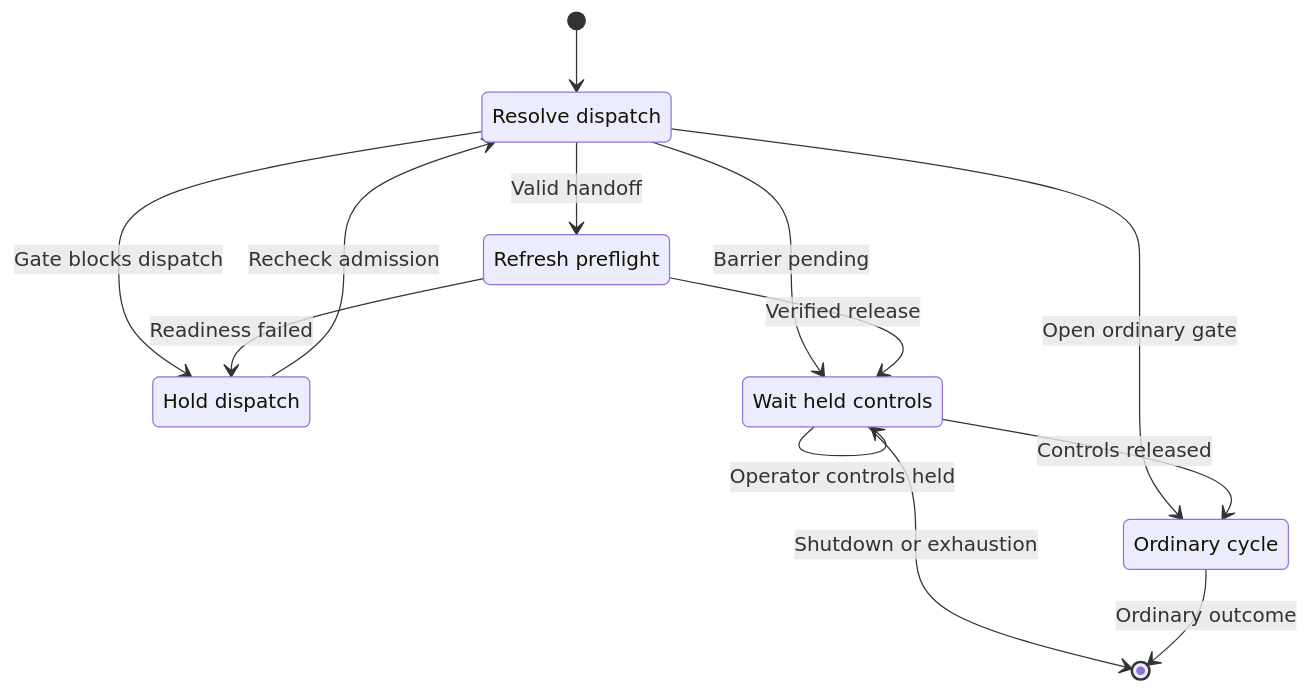
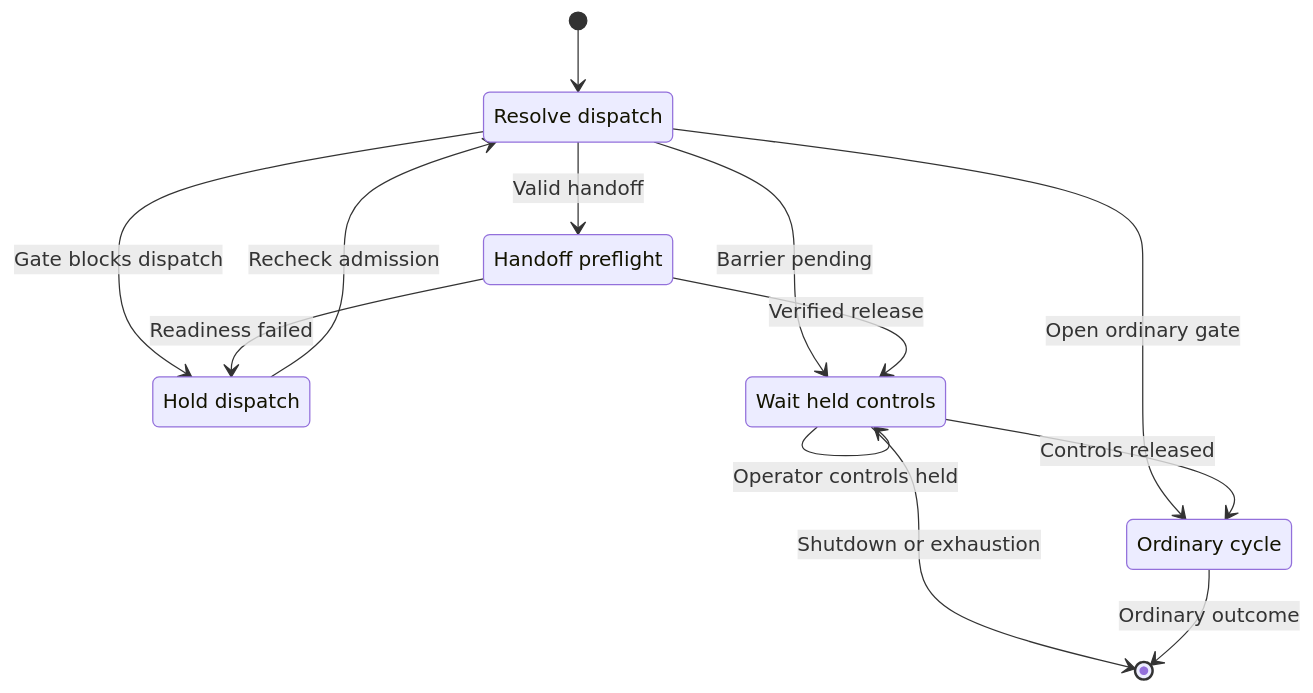
One commit to alissonsol/yuruna changed the ninth of 10 diagrams in docs/design/04-lifecycle-state.md. Above: the diagram before and after it, drawn with Mermaid. The commit also changed other lines of this file and 1676 other files, not shown here.

````diff
--- a/docs/design/04-lifecycle-state.md
+++ b/docs/design/04-lifecycle-state.md
@@ -361,20 +376,20 @@
 ```mermaid
 stateDiagram-v2
-    state "Resolve dispatch" as resolve_outer_refresh_dispatch
-    state "Hold dispatch" as write_outer_refresh_gate_hold
-    state "Refresh preflight" as invoke_yuruna_refresh_preflight
+    state "Resolve dispatch" as resolve_outer_runner_gate_dispatch
+    state "Hold dispatch" as write_outer_runner_gate_hold
+    state "Handoff preflight" as invoke_yuruna_handoff_preflight
     state "Wait held controls" as wait_yuruna_held_control_barrier
     state "Ordinary cycle" as invoke_runner_inner_cycle
-    [*] --> resolve_outer_refresh_dispatch
-    resolve_outer_refresh_dispatch --> write_outer_refresh_gate_hold: Gate blocks dispatch
-    resolve_outer_refresh_dispatch --> invoke_yuruna_refresh_preflight: Valid handoff
-    resolve_outer_refresh_dispatch --> wait_yuruna_held_control_barrier: Barrier pending
-    resolve_outer_refresh_dispatch --> invoke_runner_inner_cycle: Open ordinary gate
-    write_outer_refresh_gate_hold --> resolve_outer_refresh_dispatch: Recheck admission
-    invoke_yuruna_refresh_preflight --> write_outer_refresh_gate_hold: Readiness failed
-    invoke_yuruna_refresh_preflight --> wait_yuruna_held_control_barrier: Verified release
+    [*] --> resolve_outer_runner_gate_dispatch
+    resolve_outer_runner_gate_dispatch --> write_outer_runner_gate_hold: Gate blocks dispatch
+    resolve_outer_runner_gate_dispatch --> invoke_yuruna_handoff_preflight: Valid handoff
+    resolve_outer_runner_gate_dispatch --> wait_yuruna_held_control_barrier: Barrier pending
+    resolve_outer_runner_gate_dispatch --> invoke_runner_inner_cycle: Open ordinary gate
+    write_outer_runner_gate_hold --> resolve_outer_runner_gate_dispatch: Recheck admission
+    invoke_yuruna_handoff_preflight --> write_outer_runner_gate_hold: Readiness failed
+    invoke_yuruna_handoff_preflight --> wait_yuruna_held_control_barrier: Verified release
     wait_yuruna_held_control_barrier --> wait_yuruna_held_control_barrier: Operator controls held
     wait_yuruna_held_control_barrier --> invoke_runner_inner_cycle: Controls released
     wait_yuruna_held_control_barrier --> [*]: Shutdown or exhaustion
     invoke_runner_inner_cycle --> [*]: Ordinary outcome
 ```
````
